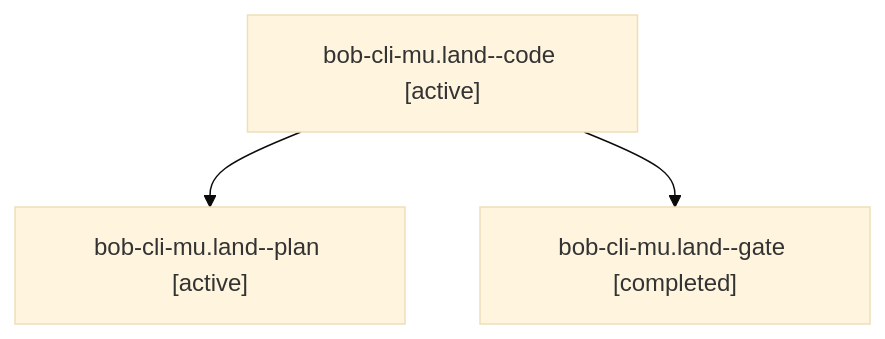
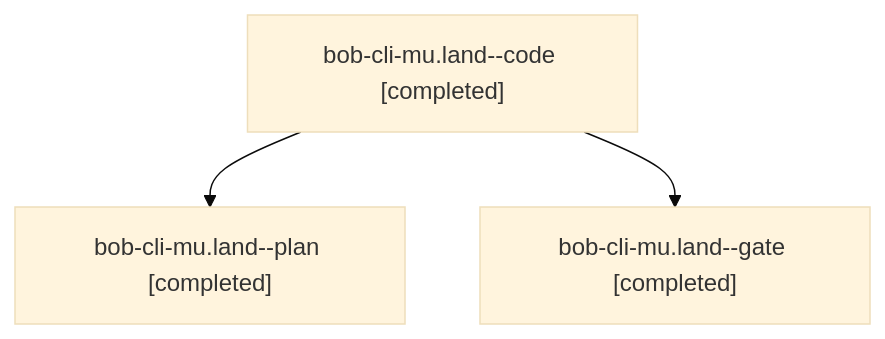
The diagram in sessions/bbugyi200.apollo.bob-cli-mu.land.md (bobs-org/bob-cli--agents), drawn with Mermaid (base theme) before and after one commit. The commit also changed other lines of this file and 14 other files, not shown here.

````diff
--- a/sessions/bbugyi200.apollo.bob-cli-mu.land.md
+++ b/sessions/bbugyi200.apollo.bob-cli-mu.land.md
@@ -9,8 +9,8 @@
 ```mermaid
 flowchart TD
-  n0["bob-cli-mu.land--code [active]"]
-  n1["bob-cli-mu.land--plan [active]"]
+  n0["bob-cli-mu.land--code [completed]"]
+  n1["bob-cli-mu.land--plan [completed]"]
   n0 --> n1
   n2["bob-cli-mu.land--gate [completed]"]
   n0 --> n2
 ```
````
